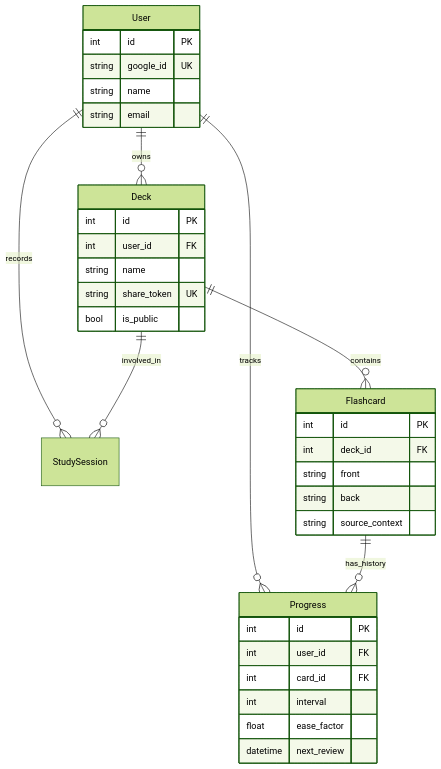
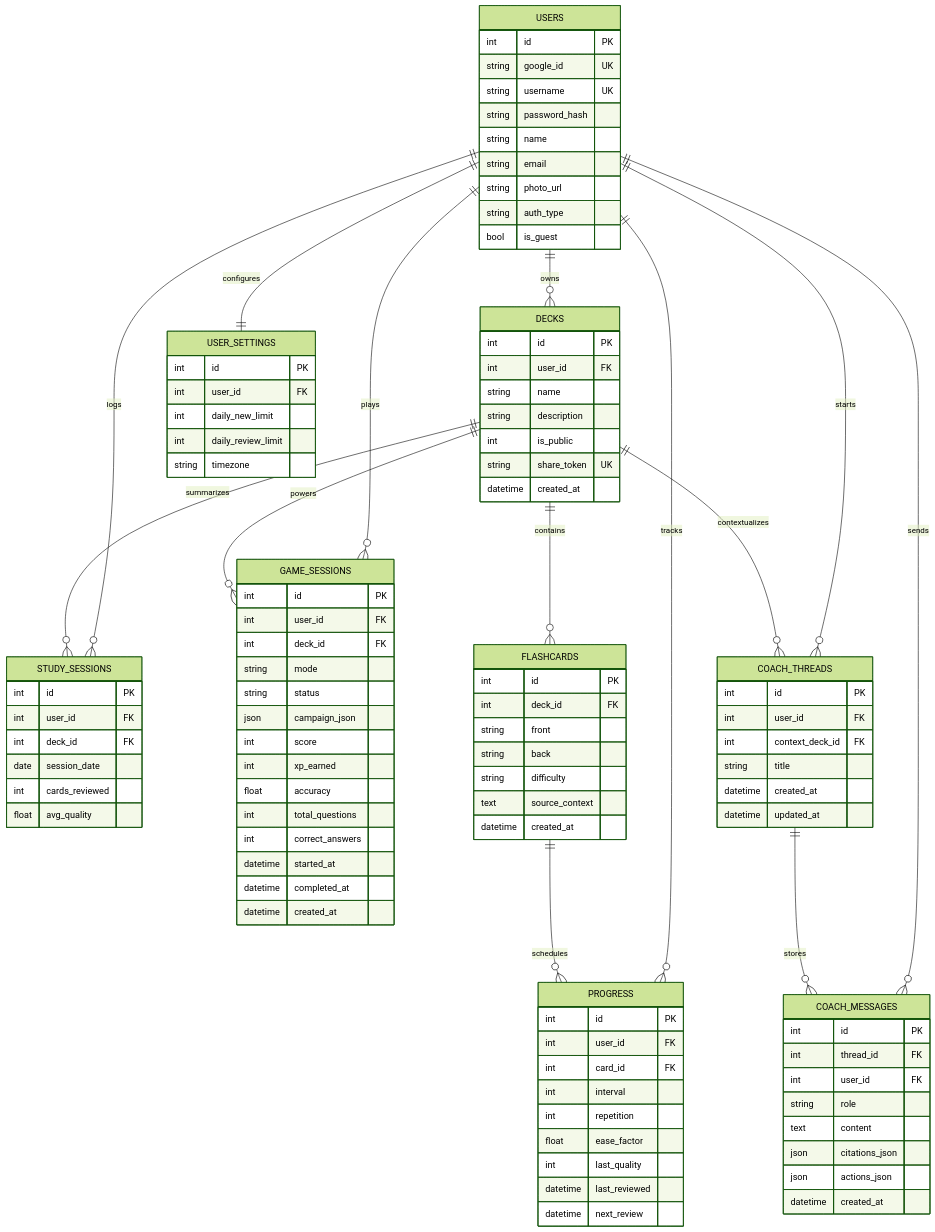
Before and after one commit to buicaochinh/VinUni-Memio-Flashcard: the second of 4 diagrams in docs/diagrams.md, drawn with Mermaid (forest theme). The commit also changed other lines of this file, not shown here.

Commit message:
update diagram

````diff
--- a/docs/diagrams.md
+++ b/docs/diagrams.md
@@ -24,41 +71,116 @@
 ```mermaid
 erDiagram
-    User ||--o{ Deck : owns
-    User ||--o{ Progress : tracks
-    User ||--o{ StudySession : records
-    Deck ||--o{ Flashcard : contains
-    Deck ||--o{ StudySession : involved_in
-    Flashcard ||--o{ Progress : has_history
+    USERS ||--o{ DECKS : owns
+    USERS ||--o{ PROGRESS : tracks
+    USERS ||--o{ STUDY_SESSIONS : logs
+    USERS ||--o{ GAME_SESSIONS : plays
+    USERS ||--o{ COACH_THREADS : starts
+    USERS ||--o{ COACH_MESSAGES : sends
+    USERS ||--|| USER_SETTINGS : configures
 
-    User {
+    DECKS ||--o{ FLASHCARDS : contains
+    DECKS ||--o{ STUDY_SESSIONS : summarizes
+    DECKS ||--o{ GAME_SESSIONS : powers
+    DECKS ||--o{ COACH_THREADS : contextualizes
+
+    FLASHCARDS ||--o{ PROGRESS : schedules
+    COACH_THREADS ||--o{ COACH_MESSAGES : stores
+
+    USERS {
         int id PK
         string google_id UK
+        string username UK
+        string password_hash
         string name
         string email
+        string photo_url
+        string auth_type
+        bool is_guest
     }
 
-    Deck {
+    DECKS {
         int id PK
         int user_id FK
         string name
+        string description
+        int is_public
         string share_token UK
-        bool is_public
+        datetime created_at
     }
 
-    Flashcard {
+    FLASHCARDS {
         int id PK
         int deck_id FK
         string front
         string back
-        string source_context
+        string difficulty
+        text source_context
+        datetime created_at
     }
 
-    Progress {
+    PROGRESS {
         int id PK
         int user_id FK
         int card_id FK
         int interval
+        int repetition
         float ease_factor
+        int last_quality
+        datetime last_reviewed
         datetime next_review
     }
+
+    STUDY_SESSIONS {
+        int id PK
+        int user_id FK
+        int deck_id FK
+        date session_date
+        int cards_reviewed
+        float avg_quality
+    }
+
+    GAME_SESSIONS {
+        int id PK
+        int user_id FK
+        int deck_id FK
+        string mode
+        string status
+        json campaign_json
+        int score
+        int xp_earned
+        float accuracy
+        int total_questions
+        int correct_answers
+        datetime started_at
+        datetime completed_at
+        datetime created_at
+    }
+
+    COACH_THREADS {
+        int id PK
+        int user_id FK
+        int context_deck_id FK
+        string title
+        datetime created_at
+        datetime updated_at
+    }
+
+    COACH_MESSAGES {
+        int id PK
+        int thread_id FK
+        int user_id FK
+        string role
+        text content
+        json citations_json
+        json actions_json
+        datetime created_at
+    }
+
+    USER_SETTINGS {
+        int id PK
+        int user_id FK
+        int daily_new_limit
+        int daily_review_limit
+        string timezone
+    }
 ```
````
